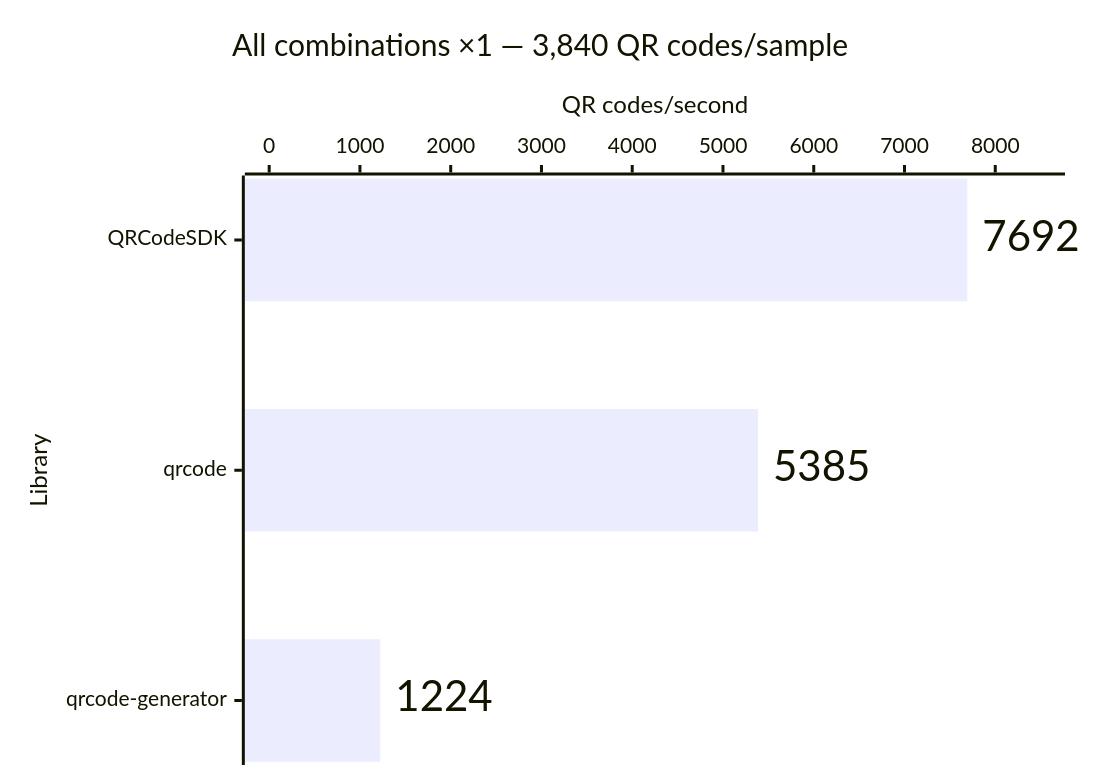
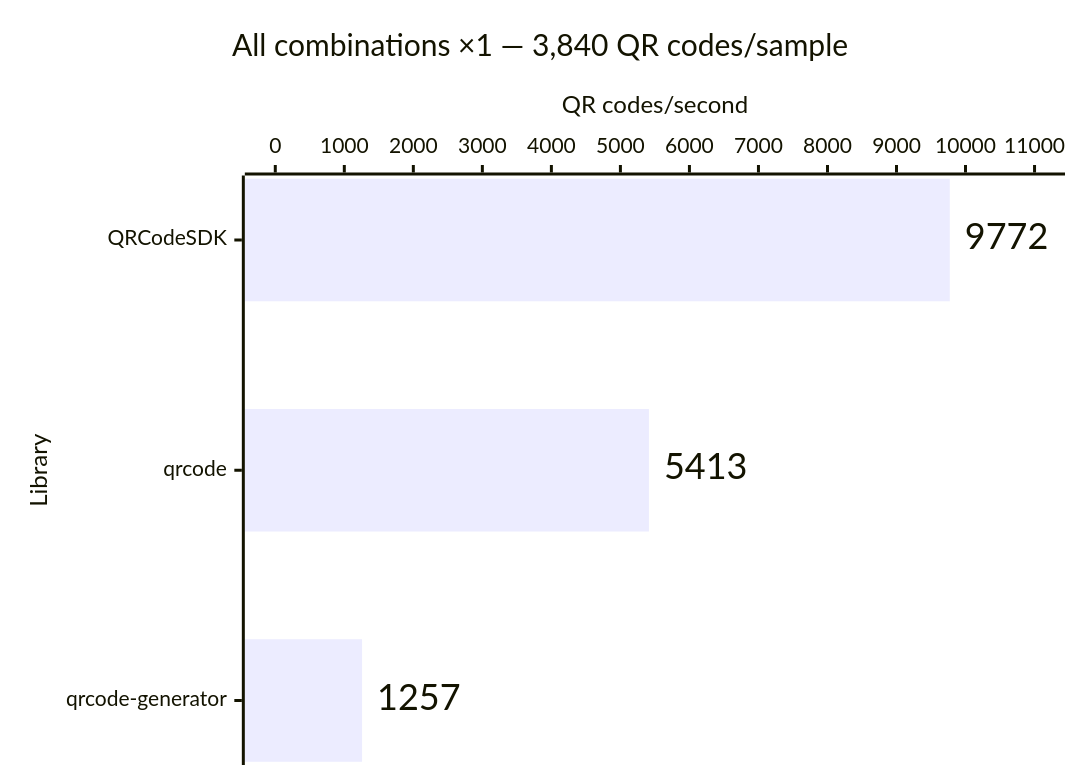
Before and after one commit to Dafnik/qrcodesdk: the fourth of 14 diagrams in apps/docs/src/content/docs/learn/performance.md, drawn with Mermaid. The commit also changed other lines of this file and 417 other files, not shown here.

````diff
--- a/apps/docs/src/content/docs/learn/performance.md
+++ b/apps/docs/src/content/docs/learn/performance.md
@@ -77,15 +77,15 @@
 ```mermaid
 ---
 config:
   xyChart:
     showDataLabel: true
     showDataLabelOutsideBar: true
 ---
 xychart horizontal
   accTitle: Matrix generation: All combinations ×1 — 3,840 QR codes/sample
-  accDescr: Throughput calculated from median time. QRCodeSDK 7,692 QR codes per second, qrcode 5,385 QR codes per second, qrcode-generator 1,224 QR codes per second. Higher is better.
+  accDescr: Throughput calculated from median time. QRCodeSDK 9,772 QR codes per second, qrcode 5,413 QR codes per second, qrcode-generator 1,257 QR codes per second. Higher is better.
   title "All combinations ×1 — 3,840 QR codes/sample"
   x-axis "Library" ["QRCodeSDK", "qrcode", "qrcode-generator"]
-  y-axis "QR codes/second" 0 --> 8500
-  bar [7692, 5385, 1224]
+  y-axis "QR codes/second" 0 --> 11000
+  bar [9772, 5413, 1257]
 ```
````
